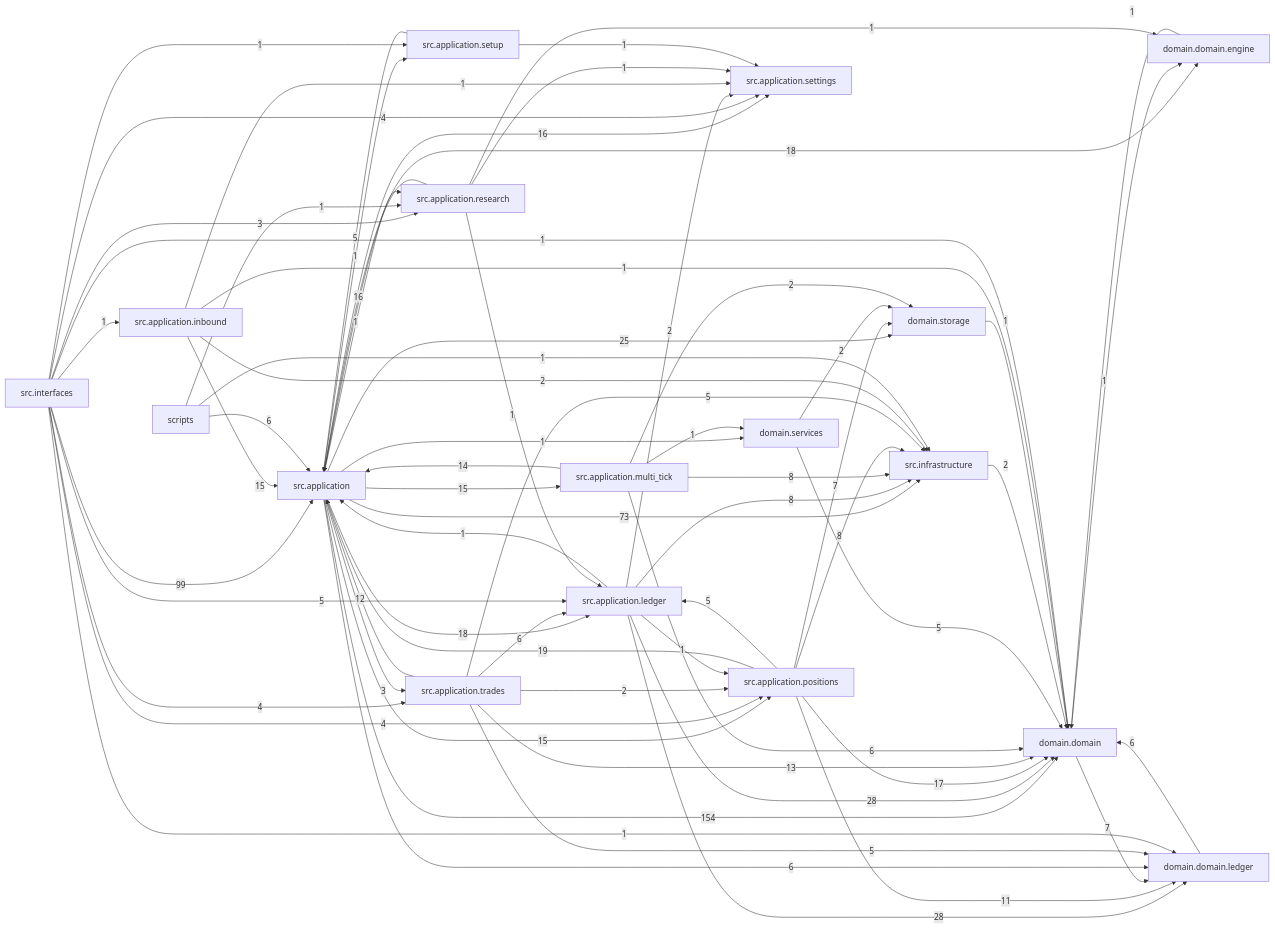
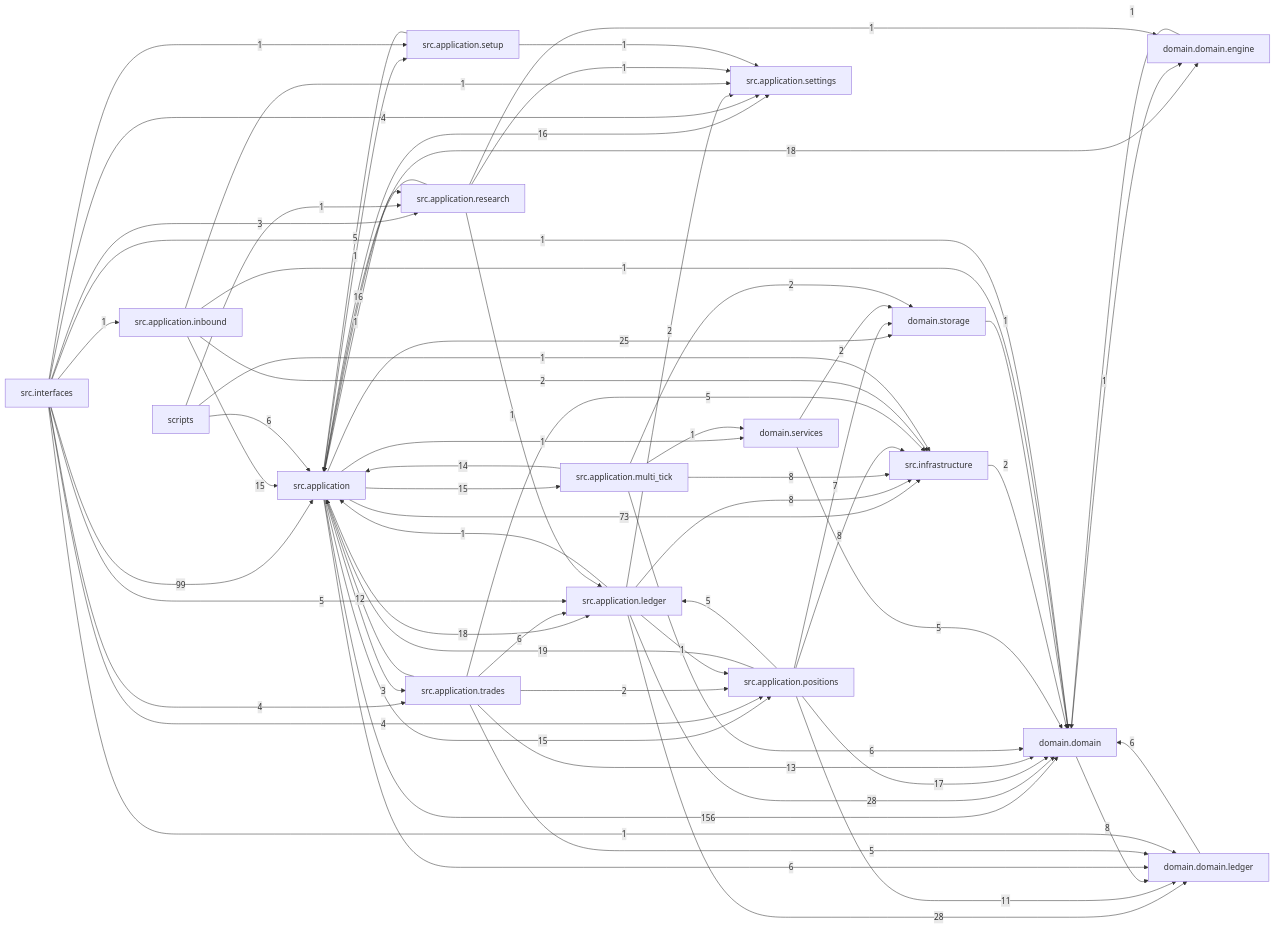
Before and after one commit to liuxie066/options-monitor: the diagram in docs/dependency_graph.mmd, drawn with Mermaid. The commit also changed 3 other files, not shown here.

```diff
--- a/docs/dependency_graph.mmd
+++ b/docs/dependency_graph.mmd
@@ -1,68 +1,68 @@
 flowchart LR
-  src_application["src.application"] -->|154| domain_domain["domain.domain"]
+  src_application["src.application"] -->|156| domain_domain["domain.domain"]
   src_interfaces["src.interfaces"] -->|99| src_application["src.application"]
   src_application["src.application"] -->|73| src_infrastructure["src.infrastructure"]
   src_application_ledger["src.application.ledger"] -->|28| domain_domain["domain.domain"]
   src_application_ledger["src.application.ledger"] -->|28| domain_domain_ledger["domain.domain.ledger"]
   src_application["src.application"] -->|25| domain_storage["domain.storage"]
   src_application_positions["src.application.positions"] -->|19| src_application["src.application"]
   src_application["src.application"] -->|18| domain_domain_engine["domain.domain.engine"]
   src_application["src.application"] -->|18| src_application_ledger["src.application.ledger"]
   src_application_positions["src.application.positions"] -->|17| domain_domain["domain.domain"]
   src_application["src.application"] -->|16| src_application_settings["src.application.settings"]
   src_application_research["src.application.research"] -->|16| src_application["src.application"]
   src_application["src.application"] -->|15| src_application_multi_tick["src.application.multi_tick"]
   src_application["src.application"] -->|15| src_application_positions["src.application.positions"]
   src_application_inbound["src.application.inbound"] -->|15| src_application["src.application"]
   src_application_multi_tick["src.application.multi_tick"] -->|14| src_application["src.application"]
   src_application_trades["src.application.trades"] -->|13| domain_domain["domain.domain"]
   src_application_trades["src.application.trades"] -->|12| src_application["src.application"]
   src_application_positions["src.application.positions"] -->|11| domain_domain_ledger["domain.domain.ledger"]
+  domain_domain["domain.domain"] -->|8| domain_domain_ledger["domain.domain.ledger"]
   src_application_ledger["src.application.ledger"] -->|8| src_infrastructure["src.infrastructure"]
   src_application_multi_tick["src.application.multi_tick"] -->|8| src_infrastructure["src.infrastructure"]
   src_application_positions["src.application.positions"] -->|8| src_infrastructure["src.infrastructure"]
-  domain_domain["domain.domain"] -->|7| domain_domain_ledger["domain.domain.ledger"]
   src_application_positions["src.application.positions"] -->|7| domain_storage["domain.storage"]
   domain_domain_ledger["domain.domain.ledger"] -->|6| domain_domain["domain.domain"]
   scripts["scripts"] -->|6| src_application["src.application"]
   src_application["src.application"] -->|6| domain_domain_ledger["domain.domain.ledger"]
   src_application_multi_tick["src.application.multi_tick"] -->|6| domain_domain["domain.domain"]
   src_application_trades["src.application.trades"] -->|6| src_application_ledger["src.application.ledger"]
   domain_services["domain.services"] -->|5| domain_domain["domain.domain"]
   src_application_positions["src.application.positions"] -->|5| src_application_ledger["src.application.ledger"]
   src_application_setup["src.application.setup"] -->|5| src_application["src.application"]
   src_application_trades["src.application.trades"] -->|5| domain_domain_ledger["domain.domain.ledger"]
   src_application_trades["src.application.trades"] -->|5| src_infrastructure["src.infrastructure"]
   src_interfaces["src.interfaces"] -->|5| src_application_ledger["src.application.ledger"]
   src_interfaces["src.interfaces"] -->|4| src_application_positions["src.application.positions"]
   src_interfaces["src.interfaces"] -->|4| src_application_settings["src.application.settings"]
   src_interfaces["src.interfaces"] -->|4| src_application_trades["src.application.trades"]
   src_application["src.application"] -->|3| src_application_trades["src.application.trades"]
   src_interfaces["src.interfaces"] -->|3| src_application_research["src.application.research"]
   domain_services["domain.services"] -->|2| domain_storage["domain.storage"]
   src_application_inbound["src.application.inbound"] -->|2| src_infrastructure["src.infrastructure"]
   src_application_ledger["src.application.ledger"] -->|2| src_application_settings["src.application.settings"]
   src_application_multi_tick["src.application.multi_tick"] -->|2| domain_storage["domain.storage"]
   src_application_trades["src.application.trades"] -->|2| src_application_positions["src.application.positions"]
   src_infrastructure["src.infrastructure"] -->|2| domain_domain["domain.domain"]
   domain_domain["domain.domain"] -->|1| domain_domain_engine["domain.domain.engine"]
   domain_domain_engine["domain.domain.engine"] -->|1| domain_domain["domain.domain"]
   domain_storage["domain.storage"] -->|1| domain_domain["domain.domain"]
   scripts["scripts"] -->|1| src_application_research["src.application.research"]
   scripts["scripts"] -->|1| src_infrastructure["src.infrastructure"]
   src_application["src.application"] -->|1| domain_services["domain.services"]
   src_application["src.application"] -->|1| src_application_research["src.application.research"]
   src_application["src.application"] -->|1| src_application_setup["src.application.setup"]
   src_application_inbound["src.application.inbound"] -->|1| domain_domain["domain.domain"]
   src_application_inbound["src.application.inbound"] -->|1| src_application_settings["src.application.settings"]
   src_application_ledger["src.application.ledger"] -->|1| src_application["src.application"]
   src_application_ledger["src.application.ledger"] -->|1| src_application_positions["src.application.positions"]
   src_application_multi_tick["src.application.multi_tick"] -->|1| domain_services["domain.services"]
   src_application_research["src.application.research"] -->|1| domain_domain_engine["domain.domain.engine"]
   src_application_research["src.application.research"] -->|1| src_application_ledger["src.application.ledger"]
   src_application_research["src.application.research"] -->|1| src_application_settings["src.application.settings"]
   src_application_setup["src.application.setup"] -->|1| src_application_settings["src.application.settings"]
   src_interfaces["src.interfaces"] -->|1| domain_domain["domain.domain"]
   src_interfaces["src.interfaces"] -->|1| domain_domain_ledger["domain.domain.ledger"]
   src_interfaces["src.interfaces"] -->|1| src_application_inbound["src.application.inbound"]
   src_interfaces["src.interfaces"] -->|1| src_application_setup["src.application.setup"]
```
